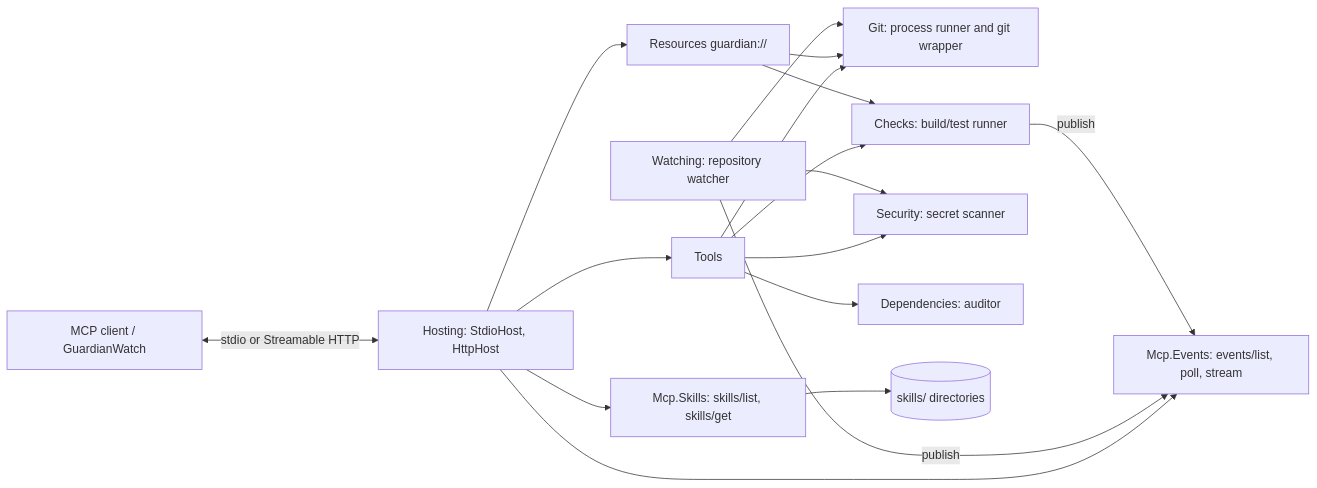
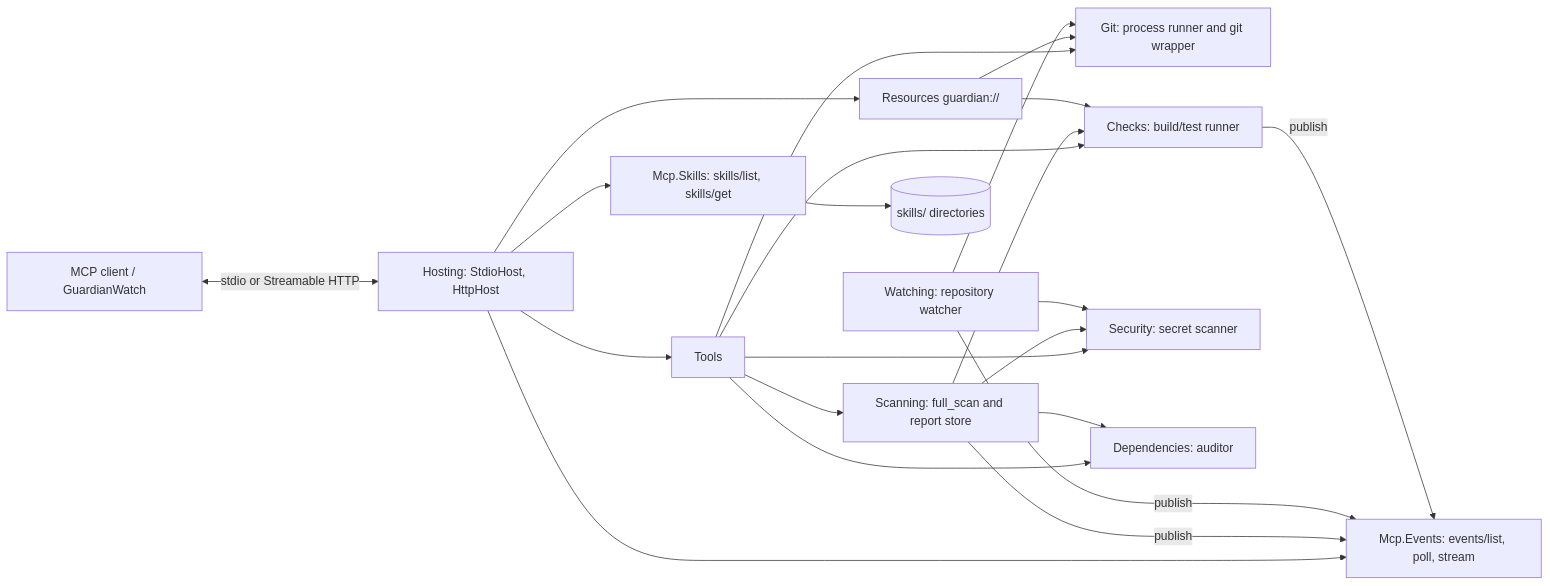
The diagram in README.md (islamumarov/codebase-guardian), drawn with Mermaid before and after one commit. The commit also changed other lines of this file and 18 other files, not shown here.

First line of the commit message:
feat(scan): full_scan task, scan report resource, scan.completed and v1 docs

````diff
--- a/README.md
+++ b/README.md
@@ -232,19 +311,24 @@
 ```mermaid
 flowchart LR
     Client[MCP client / GuardianWatch] <-->|stdio or Streamable HTTP| Host[Hosting: StdioHost, HttpHost]
     Host --> Tools[Tools]
     Host --> Resources[Resources guardian://]
     Host --> Skills[Mcp.Skills: skills/list, skills/get]
     Host --> Events[Mcp.Events: events/list, poll, stream]
     Tools --> Git[Git: process runner and git wrapper]
     Tools --> Checks[Checks: build/test runner]
     Tools --> Security[Security: secret scanner]
     Tools --> Deps[Dependencies: auditor]
+    Tools --> Scan[Scanning: full_scan and report store]
+    Scan --> Security
+    Scan --> Deps
+    Scan --> Checks
+    Scan -->|publish| Events
     Resources --> Git
     Resources --> Checks
     Watcher[Watching: repository watcher] --> Git
     Watcher --> Security
     Watcher -->|publish| Events
     Checks -->|publish| Events
     Skills --> SkillFiles[(skills/ directories)]
 ```
````
